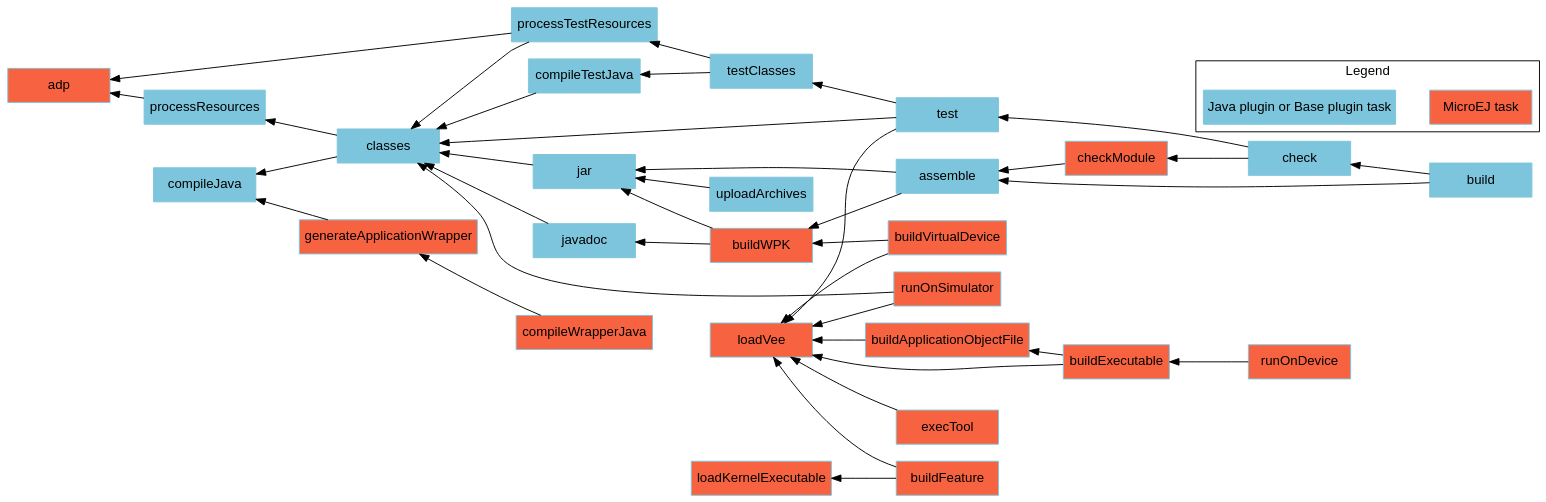
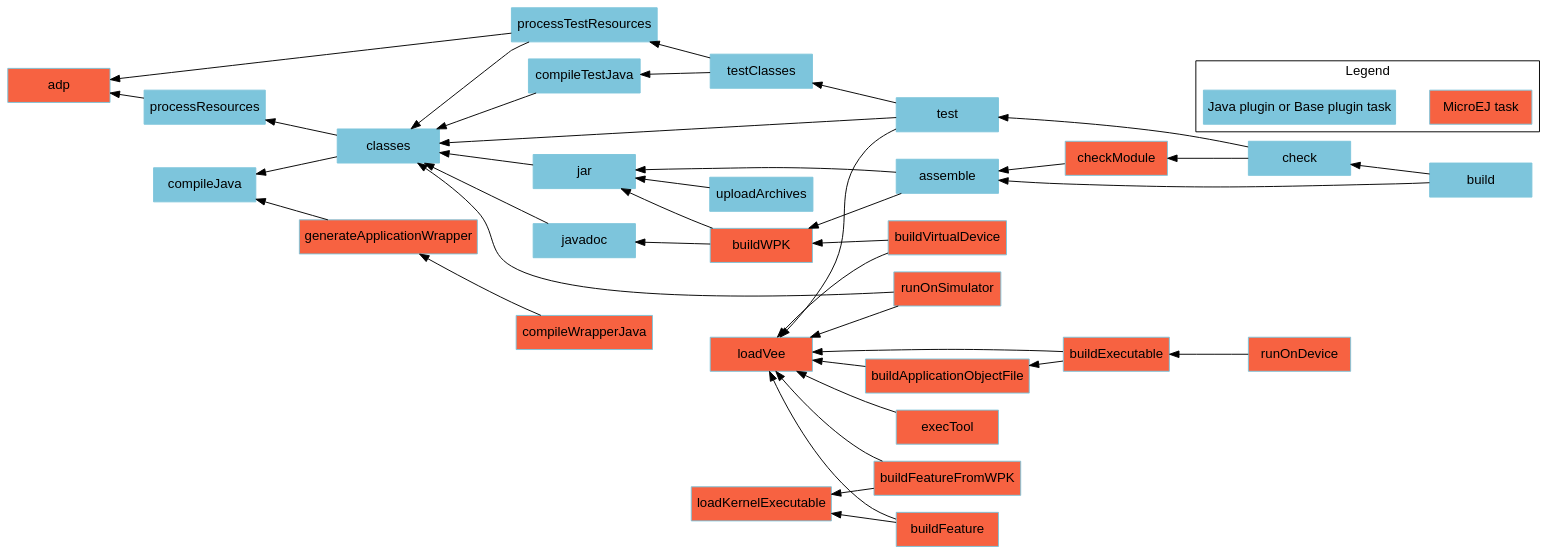
Before and after one commit to MicroEJ/docs: the diagram in SDK6UserGuide/graphApplicationModule.dot, drawn with Graphviz. The commit also changed 6 other files, not shown here.

Commit message:
document how to build a Feature from a WPK

```diff
--- a/SDK6UserGuide/graphApplicationModule.dot
+++ b/SDK6UserGuide/graphApplicationModule.dot
@@ -1,71 +1,74 @@
 digraph mygraph {
     rankdir="RL";
     bgcolor="transparent"
     fontname="Helvetica,Arial,sans-serif"
     node [
         shape = box
         width = 1.5
         color = "#7dc5dc"
         style = filled
         fontname="Helvetica,Arial,sans-serif"
     ]
     edge [fontname="Helvetica,Arial,sans-serif"]
     "adp" [fillcolor = "#f76241"]
     "checkModule" [fillcolor = "#f76241"]
     "loadKernelExecutable" [fillcolor = "#f76241"]
     "loadVee" [fillcolor = "#f76241"]
     "runOnSimulator" [fillcolor = "#f76241"]
     "buildWPK" [fillcolor = "#f76241"]
     "buildApplicationObjectFile" [fillcolor = "#f76241"]
     "buildExecutable" [fillcolor = "#f76241"]
     "buildVirtualDevice" [fillcolor = "#f76241"]
     "buildFeature" [fillcolor = "#f76241"]
     "runOnDevice" [fillcolor = "#f76241"]
     "execTool" [fillcolor = "#f76241"]
     "generateApplicationWrapper" [fillcolor = "#f76241"]
     "compileWrapperJava" [fillcolor = "#f76241"]
+    "buildFeatureFromWPK" [fillcolor = "#f76241"]
     "build" -> "check"
     "check" -> "test"
     "test" -> "classes"
     "test" -> "testClasses"
     "test" -> "loadVee"
     "testClasses" -> "compileTestJava"
     "testClasses" -> "processTestResources"
     "processResources" -> "adp"
     "processTestResources" -> "adp"
     "processTestResources" -> "classes"
     "compileTestJava" -> "classes"
     "javadoc" -> "classes"
     "classes" -> "compileJava"
     "classes" -> "processResources"
     "build" -> "assemble"
     "assemble" -> "jar"
     "assemble" -> "buildWPK"
     "uploadArchives" -> "jar"
     "jar" -> "classes"
     "runOnSimulator" -> "classes"
     "runOnSimulator" -> "loadVee"
     "checkModule" -> "assemble"
     "check" -> "checkModule"
     "buildWPK" -> "jar"
     "buildWPK" -> "javadoc"
     "buildApplicationObjectFile" -> "loadVee"
     "buildExecutable" -> "buildApplicationObjectFile"
     "buildExecutable" -> "loadVee"
     "buildVirtualDevice" -> "loadVee"
     "buildVirtualDevice" -> "buildWPK"
     "buildFeature" -> "loadVee"
     "buildFeature" -> "loadKernelExecutable"
     "runOnDevice" -> "buildExecutable"
     "execTool" -> "loadVee"
     "generateApplicationWrapper" -> "compileJava"
     "compileWrapperJava" -> "generateApplicationWrapper"
+    "buildFeatureFromWPK" -> "loadVee"
+    "buildFeatureFromWPK" -> "loadKernelExecutable"
     
     subgraph cluster_legend {
         label="Legend";
         microej [fillcolor="#f76241" label="MicroEJ task"];
         java [fillcolor="#7dc5dc" label="Java plugin or Base plugin task"];
         microej -> java [style=invis];
         java -> microej [style=invis];
     }
 }
```
